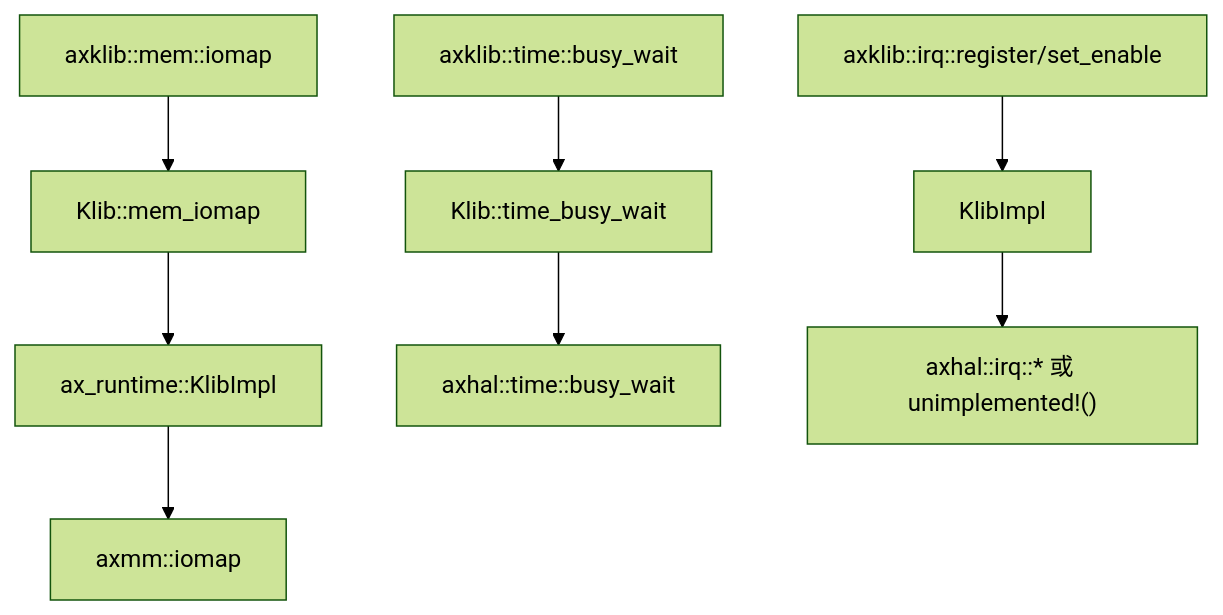
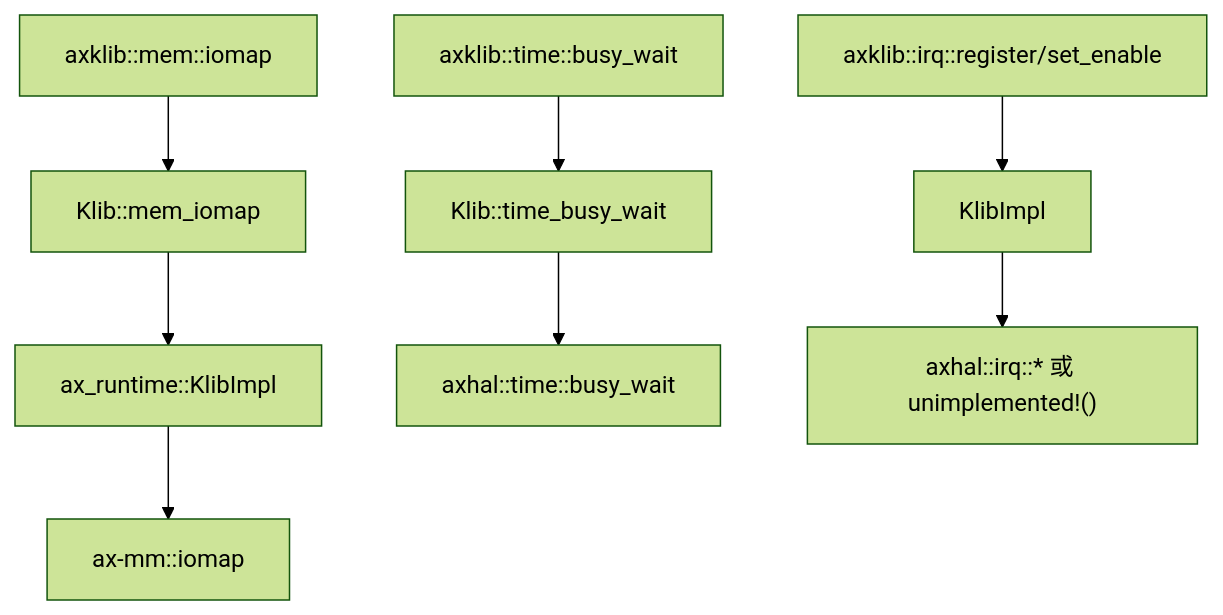
Before and after one commit to zKurisu/tgoskits: the first of 2 diagrams in docs/crates/axklib.md, drawn with Mermaid (forest theme). The commit also changed other lines of this file and 34 other files, not shown here.

````diff
--- a/docs/crates/axklib.md
+++ b/docs/crates/axklib.md
@@ -49,12 +49,12 @@
 ```mermaid
 flowchart TD
     A["axklib::mem::iomap"] --> B["Klib::mem_iomap"]
     B --> C["ax_runtime::KlibImpl"]
-    C --> D["axmm::iomap"]
+    C --> D["ax-mm::iomap"]
 
     E["axklib::time::busy_wait"] --> F["Klib::time_busy_wait"]
     F --> G["axhal::time::busy_wait"]
 
     H["axklib::irq::register/set_enable"] --> I["KlibImpl"]
     I --> J["axhal::irq::* 或 unimplemented!()"]
 ```
````
